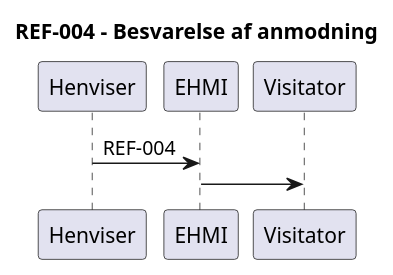
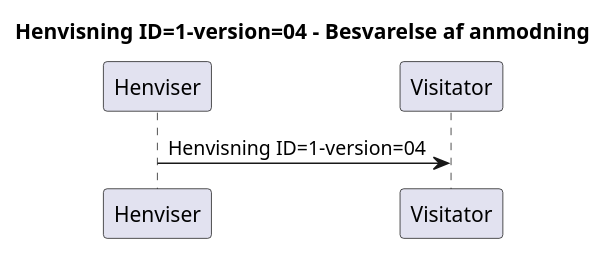
Before and after one commit to medcomdk/dk-medcom-ref-lm: the fourth of 12 diagrams in input/plantuml/fhir-henvisning-messaging.puml, drawn with PlantUML. The commit also changed other lines of this file and 15 other files, not shown here.

```diff
--- a/input/plantuml/fhir-henvisning-messaging.puml
+++ b/input/plantuml/fhir-henvisning-messaging.puml
@@ -31,9 +37,9 @@
 @startuml
 
- title REF-004 - Besvarelse af anmodning
+ title Henvisning ID=1-version=04 - Besvarelse af anmodning
  participant Henviser
- participant EHMI
  participant Visitator
-Henviser -> EHMI : REF-004
-EHMI -> Visitator
+
+Henviser -> Visitator : Henvisning ID=1-version=04
+
 @enduml
```
